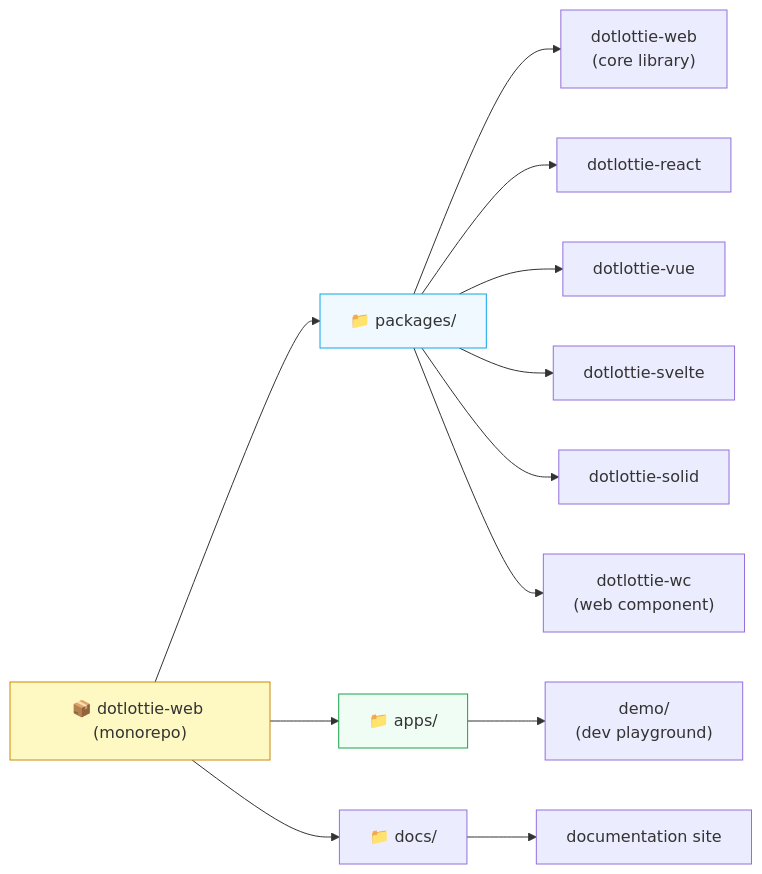
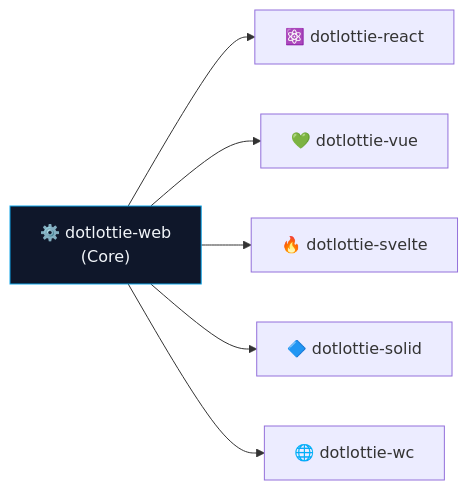
One commit to vaibhavkumarsingh12/yuj changed the fourth of 4 diagrams in README.md. Above: the diagram before and after it, drawn with Mermaid. The commit also changed other lines of this file, not shown here.

````diff
--- a/README.md
+++ b/README.md
@@ -403,22 +153,11 @@
 ```mermaid
 graph LR
-    root["📦 dotlottie-web (monorepo)"]
+    core["⚙️ dotlottie-web\n(Core)"]
+    core --> react["⚛️ dotlottie-react"]
+    core --> vue["💚 dotlottie-vue"]
+    core --> svelte["🔥 dotlottie-svelte"]
+    core --> solid["🔷 dotlottie-solid"]
+    core --> wc["🌐 dotlottie-wc"]
 
-    root --> packages["📁 packages/"]
-    root --> apps["📁 apps/"]
-    root --> docs["📁 docs/"]
-
-    packages --> core["dotlottie-web\n(core library)"]
-    packages --> react["dotlottie-react"]
-    packages --> vue["dotlottie-vue"]
-    packages --> svelte["dotlottie-svelte"]
-    packages --> solid["dotlottie-solid"]
-    packages --> wc["dotlottie-wc\n(web component)"]
-
-    apps --> demo["demo/\n(dev playground)"]
-    docs --> site["documentation site"]
-
-    style root fill:#fef9c3,stroke:#ca8a04
-    style packages fill:#f0f9ff,stroke:#0ea5e9
-    style apps fill:#f0fdf4,stroke:#16a34a
+    style core fill:#0f172a,stroke:#0ea5e9,color:#f1f5f9
 ```
````
